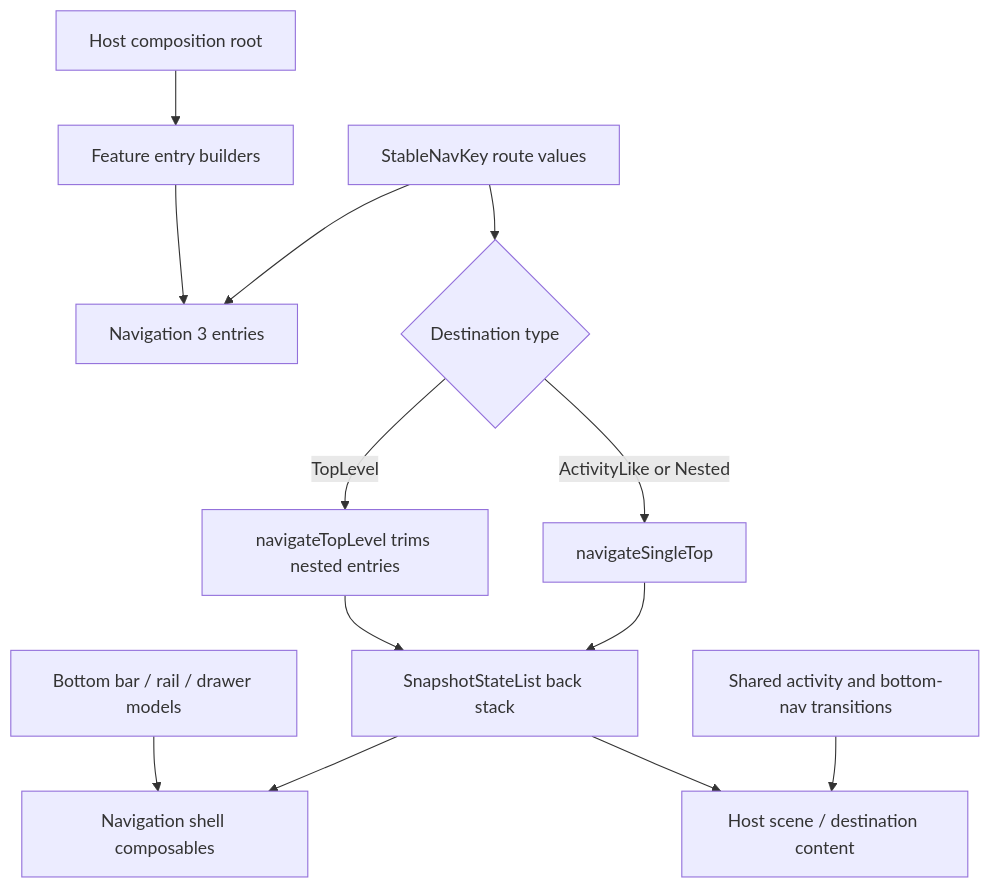
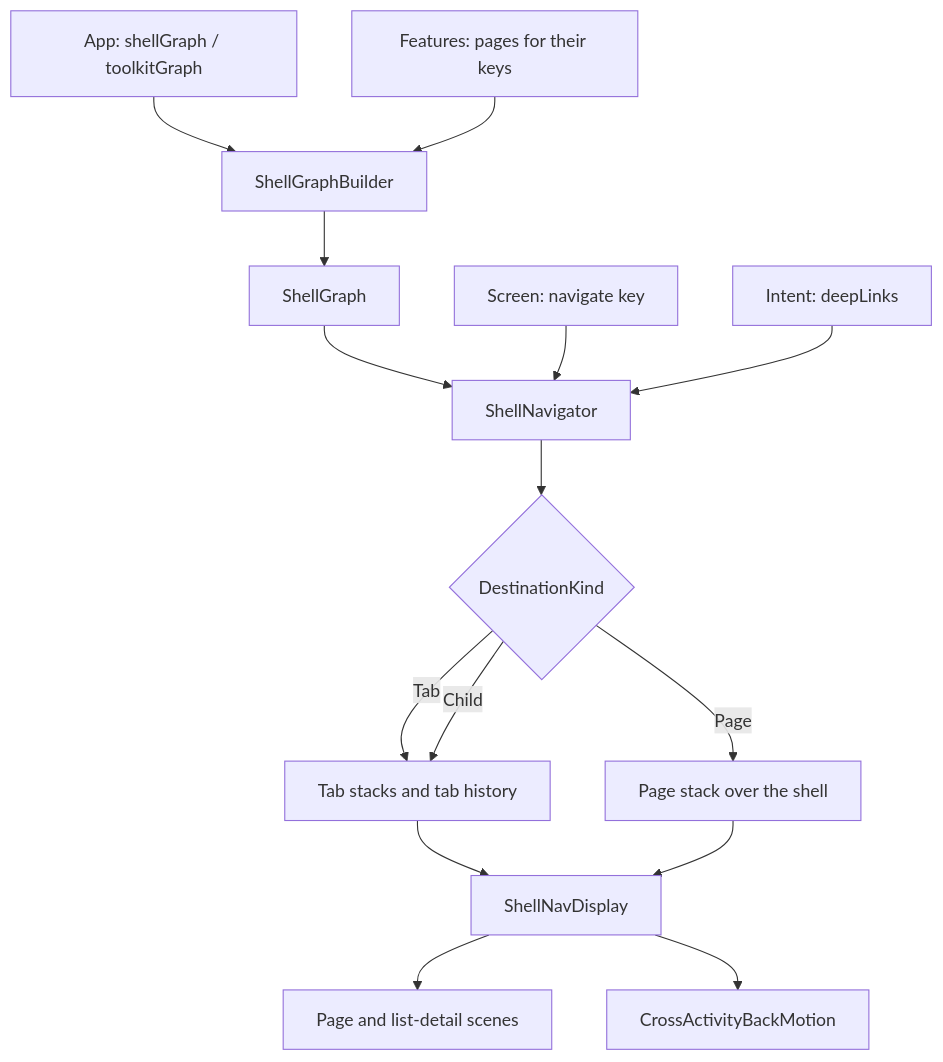
The diagram in library/navigation/README.md (MihaiCristianCondrea/App-Toolkit-for-Android), drawn with Mermaid before and after one commit. The commit also changed other lines of this file and 130 other files, not shown here.

````diff
--- a/library/navigation/README.md
+++ b/library/navigation/README.md
@@ -66,15 +60,17 @@
 ```mermaid
 flowchart TD
-    Host[Host composition root] --> Builders[Feature entry builders]
-    Builders --> Entries[Navigation 3 entries]
-    Keys[StableNavKey route values] --> Entries
-    Keys --> Type{Destination type}
-    Type -->|TopLevel| Top[navigateTopLevel trims nested entries]
-    Type -->|ActivityLike or Nested| Single[navigateSingleTop]
-    Top --> Stack[SnapshotStateList back stack]
-    Single --> Stack
-    Stack --> Scenes[Host scene / destination content]
-    Items[Bottom bar / rail / drawer models] --> Shell[Navigation shell composables]
-    Stack --> Shell
-    Transitions[Shared activity and bottom-nav transitions] --> Scenes
+    App[App: shellGraph / toolkitGraph] --> Builder[ShellGraphBuilder]
+    Features[Features: pages for their keys] --> Builder
+    Builder --> Graph[ShellGraph]
+    Graph --> Navigator[ShellNavigator]
+    Screen[Screen: navigate key] --> Navigator
+    Intent[Intent: deepLinks] --> Navigator
+    Navigator --> Kind{DestinationKind}
+    Kind -->|Tab| Tabs[Tab stacks and tab history]
+    Kind -->|Child| Tabs
+    Kind -->|Page| Pages[Page stack over the shell]
+    Tabs --> Display[ShellNavDisplay]
+    Pages --> Display
+    Display --> Scenes[Page and list-detail scenes]
+    Display --> Back[CrossActivityBackMotion]
 ```
````
